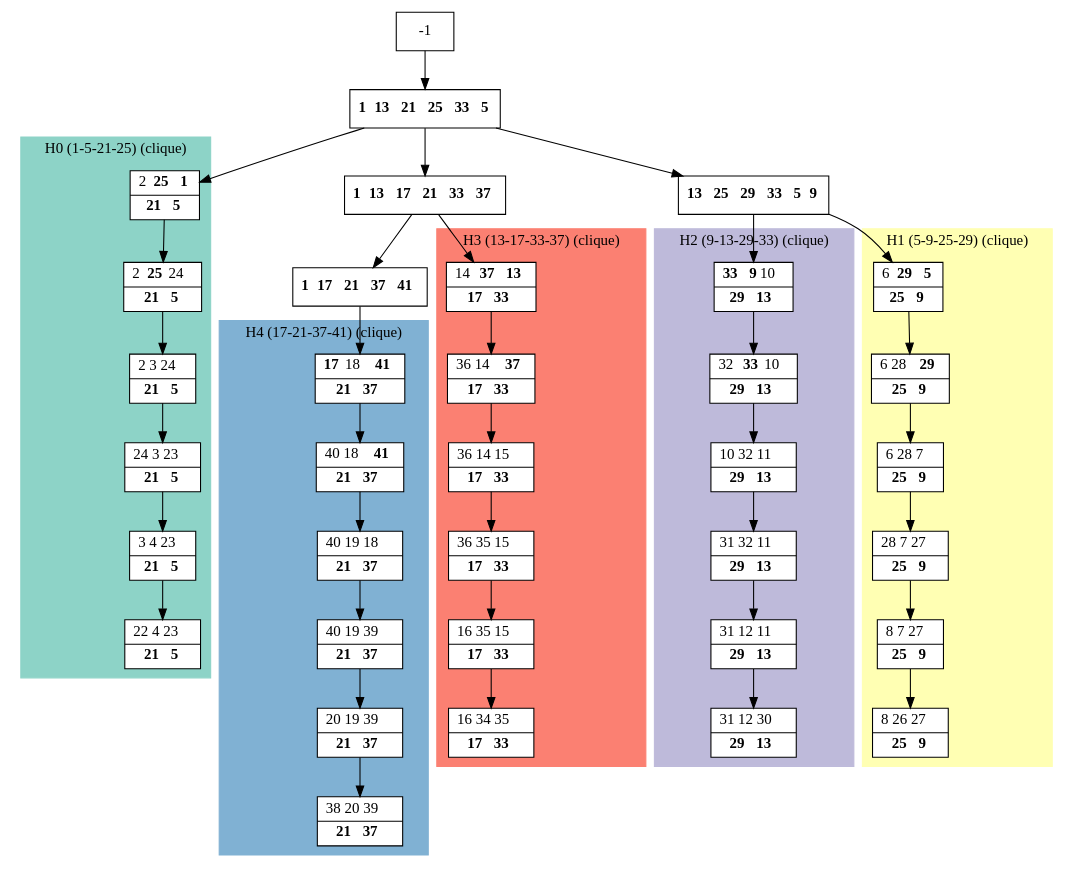
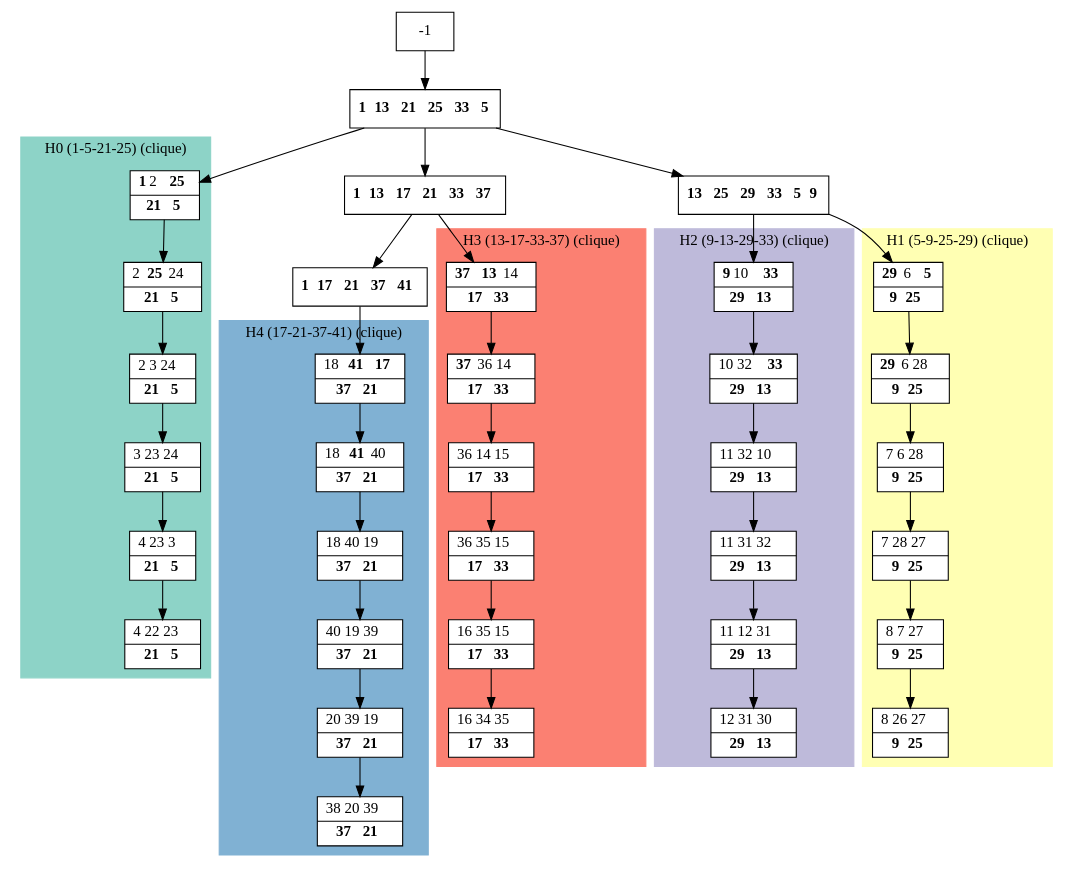
The diagram in results/dot_files/processed_K5.dot (bmarchand/auto-dp), drawn with Graphviz before and after one commit. The commit also changed 56 other files, not shown here.

```diff
--- a/results/dot_files/processed_K5.dot
+++ b/results/dot_files/processed_K5.dot
@@ -1,86 +1,86 @@
 digraph G {
     node [shape=box];
     subgraph cluster0 {
         node [style=filled,fillcolor=white];
         labeljust="l";
         style=filled;
         color="#8DD3C7";
         H0_0 -> H0_1 -> H0_2 -> H0_3 -> H0_4 -> H0_5;
         label="H0 (1-5-21-25) (clique)";
     }
     subgraph cluster1 {
         node [style=filled,fillcolor=white];
         labeljust="l";
         style=filled;
         color="#FFFFB3";
         H1_0 -> H1_1 -> H1_2 -> H1_3 -> H1_4 -> H1_5;
         label="H1 (5-9-25-29) (clique)";
     }
     subgraph cluster2 {
         node [style=filled,fillcolor=white];
         labeljust="l";
         style=filled;
         color="#BEBADA";
         H2_0 -> H2_1 -> H2_2 -> H2_3 -> H2_4 -> H2_5;
         label="H2 (9-13-29-33) (clique)";
     }
     subgraph cluster3 {
         node [style=filled,fillcolor=white];
         labeljust="l";
         style=filled;
         color="#FB8072";
         H3_0 -> H3_1 -> H3_2 -> H3_3 -> H3_4 -> H3_5;
         label="H3 (13-17-33-37) (clique)";
     }
     subgraph cluster4 {
         node [style=filled,fillcolor=white];
         labeljust="l";
         style=filled;
         color="#80B1D3";
         H4_0 -> H4_1 -> H4_2 -> H4_3 -> H4_4 -> H4_5;
         label="H4 (17-21-37-41) (clique)";
     }
      1 [shape=record,label= <{ <b>1</b> <b>13</b> <b>21</b> <b>25</b> <b>33</b> <b>5</b>}> ];
      -1  ->  1;
      21 [shape=record,label= <{ <b>1</b> <b>13</b> <b>17</b> <b>21</b> <b>33</b> <b>37</b>}> ];
      1  ->  21;
-     H3_0 [shape=record,label= <{ 14 <b>37</b> <b>13</b>|  <b>17</b> <b>33</b>}> ];
+     H3_0 [shape=record,label= <{ <b>37</b> <b>13</b> 14|  <b>17</b> <b>33</b>}> ];
      21  ->  H3_0;
-     H3_1 [shape=record,label= <{ 36 14 <b>37</b>|  <b>17</b> <b>33</b>}> ];
+     H3_1 [shape=record,label= <{ <b>37</b> 36 14|  <b>17</b> <b>33</b>}> ];
      H3_2 [shape=record,label= <{ 36 14 15|  <b>17</b> <b>33</b>}> ];
      H3_3 [shape=record,label= <{ 36 35 15|  <b>17</b> <b>33</b>}> ];
      H3_4 [shape=record,label= <{ 16 35 15|  <b>17</b> <b>33</b>}> ];
      H3_5 [shape=record,label= <{ 16 34 35|  <b>17</b> <b>33</b>}> ];
      30 [shape=record,label= <{ <b>1</b> <b>17</b> <b>21</b> <b>37</b> <b>41</b>}> ];
      21  ->  30;
-     H4_0 [shape=record,label= <{ <b>17</b> 18 <b>41</b>|  <b>21</b> <b>37</b>}> ];
+     H4_0 [shape=record,label= <{ 18 <b>41</b> <b>17</b>|  <b>37</b> <b>21</b>}> ];
      30  ->  H4_0;
-     H4_1 [shape=record,label= <{ 40 18 <b>41</b>|  <b>21</b> <b>37</b>}> ];
-     H4_2 [shape=record,label= <{ 40 19 18|  <b>21</b> <b>37</b>}> ];
-     H4_3 [shape=record,label= <{ 40 19 39|  <b>21</b> <b>37</b>}> ];
-     H4_4 [shape=record,label= <{ 20 19 39|  <b>21</b> <b>37</b>}> ];
-     H4_5 [shape=record,label= <{ 38 20 39|  <b>21</b> <b>37</b>}> ];
-     H0_0 [shape=record,label= <{ 2 <b>25</b> <b>1</b>|  <b>21</b> <b>5</b>}> ];
+     H4_1 [shape=record,label= <{ 18 <b>41</b> 40|  <b>37</b> <b>21</b>}> ];
+     H4_2 [shape=record,label= <{ 18 40 19|  <b>37</b> <b>21</b>}> ];
+     H4_3 [shape=record,label= <{ 40 19 39|  <b>37</b> <b>21</b>}> ];
+     H4_4 [shape=record,label= <{ 20 39 19|  <b>37</b> <b>21</b>}> ];
+     H4_5 [shape=record,label= <{ 38 20 39|  <b>37</b> <b>21</b>}> ];
+     H0_0 [shape=record,label= <{ <b>1</b> 2 <b>25</b>|  <b>21</b> <b>5</b>}> ];
      1  ->  H0_0;
      H0_1 [shape=record,label= <{ 2 <b>25</b> 24|  <b>21</b> <b>5</b>}> ];
      H0_2 [shape=record,label= <{ 2 3 24|  <b>21</b> <b>5</b>}> ];
-     H0_3 [shape=record,label= <{ 24 3 23|  <b>21</b> <b>5</b>}> ];
-     H0_4 [shape=record,label= <{ 3 4 23|  <b>21</b> <b>5</b>}> ];
-     H0_5 [shape=record,label= <{ 22 4 23|  <b>21</b> <b>5</b>}> ];
+     H0_3 [shape=record,label= <{ 3 23 24|  <b>21</b> <b>5</b>}> ];
+     H0_4 [shape=record,label= <{ 4 23 3|  <b>21</b> <b>5</b>}> ];
+     H0_5 [shape=record,label= <{ 4 22 23|  <b>21</b> <b>5</b>}> ];
      8 [shape=record,label= <{ <b>13</b> <b>25</b> <b>29</b> <b>33</b> <b>5</b> <b>9</b>}> ];
      1  ->  8;
-     H1_0 [shape=record,label= <{ 6 <b>29</b> <b>5</b>|  <b>25</b> <b>9</b>}> ];
+     H1_0 [shape=record,label= <{ <b>29</b> 6 <b>5</b>|  <b>9</b> <b>25</b>}> ];
      8  ->  H1_0;
-     H1_1 [shape=record,label= <{ 6 28 <b>29</b>|  <b>25</b> <b>9</b>}> ];
-     H1_2 [shape=record,label= <{ 6 28 7|  <b>25</b> <b>9</b>}> ];
-     H1_3 [shape=record,label= <{ 28 7 27|  <b>25</b> <b>9</b>}> ];
-     H1_4 [shape=record,label= <{ 8 7 27|  <b>25</b> <b>9</b>}> ];
-     H1_5 [shape=record,label= <{ 8 26 27|  <b>25</b> <b>9</b>}> ];
-     H2_0 [shape=record,label= <{ <b>33</b> <b>9</b> 10|  <b>29</b> <b>13</b>}> ];
+     H1_1 [shape=record,label= <{ <b>29</b> 6 28|  <b>9</b> <b>25</b>}> ];
+     H1_2 [shape=record,label= <{ 7 6 28|  <b>9</b> <b>25</b>}> ];
+     H1_3 [shape=record,label= <{ 7 28 27|  <b>9</b> <b>25</b>}> ];
+     H1_4 [shape=record,label= <{ 8 7 27|  <b>9</b> <b>25</b>}> ];
+     H1_5 [shape=record,label= <{ 8 26 27|  <b>9</b> <b>25</b>}> ];
+     H2_0 [shape=record,label= <{ <b>9</b> 10 <b>33</b>|  <b>29</b> <b>13</b>}> ];
      8  ->  H2_0;
-     H2_1 [shape=record,label= <{ 32 <b>33</b> 10|  <b>29</b> <b>13</b>}> ];
-     H2_2 [shape=record,label= <{ 10 32 11|  <b>29</b> <b>13</b>}> ];
-     H2_3 [shape=record,label= <{ 31 32 11|  <b>29</b> <b>13</b>}> ];
-     H2_4 [shape=record,label= <{ 31 12 11|  <b>29</b> <b>13</b>}> ];
-     H2_5 [shape=record,label= <{ 31 12 30|  <b>29</b> <b>13</b>}> ];
+     H2_1 [shape=record,label= <{ 10 32 <b>33</b>|  <b>29</b> <b>13</b>}> ];
+     H2_2 [shape=record,label= <{ 11 32 10|  <b>29</b> <b>13</b>}> ];
+     H2_3 [shape=record,label= <{ 11 31 32|  <b>29</b> <b>13</b>}> ];
+     H2_4 [shape=record,label= <{ 11 12 31|  <b>29</b> <b>13</b>}> ];
+     H2_5 [shape=record,label= <{ 12 31 30|  <b>29</b> <b>13</b>}> ];
 }
```
